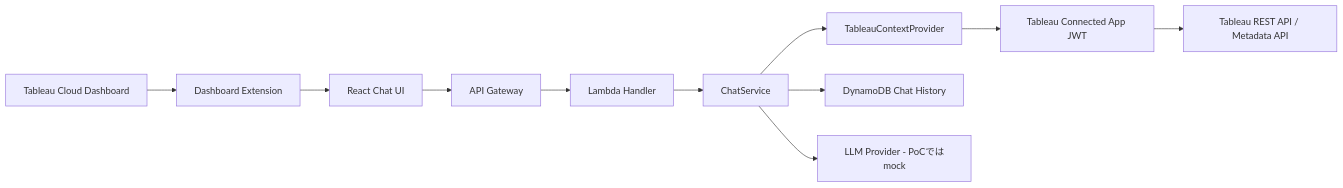
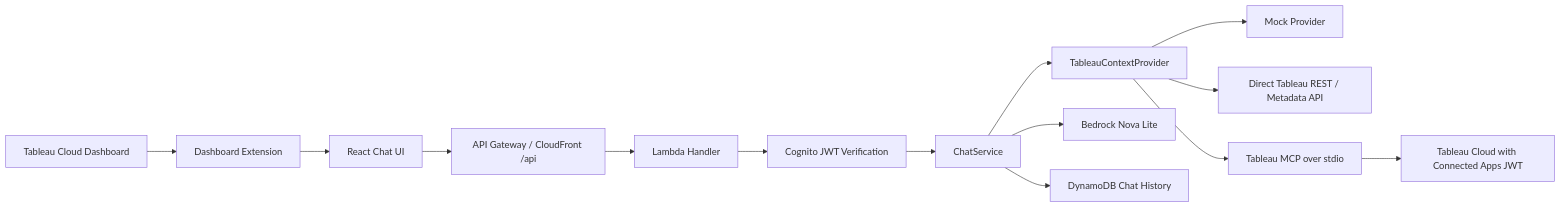
The diagram in README.md (Chasoso/tableau-chat-extension), drawn with Mermaid before and after one commit. The commit also changed other lines of this file and 17 other files, not shown here.

````diff
--- a/README.md
+++ b/README.md
@@ -168,13 +20,16 @@
 ```mermaid
 flowchart LR
   A[Tableau Cloud Dashboard] --> B[Dashboard Extension]
   B --> C[React Chat UI]
-  C --> D[API Gateway]
+  C --> D[API Gateway / CloudFront /api]
   D --> E[Lambda Handler]
-  E --> F[ChatService]
-  F --> G[TableauContextProvider]
-  G --> H[Tableau Connected App JWT]
-  H --> I[Tableau REST API / Metadata API]
-  F --> J[DynamoDB Chat History]
-  F --> K[LLM Provider - PoCではmock]
+  E --> F[Cognito JWT Verification]
+  F --> G[ChatService]
+  G --> H[TableauContextProvider]
+  H --> I[Mock Provider]
+  H --> J[Direct Tableau REST / Metadata API]
+  H --> K[Tableau MCP over stdio]
+  K --> L[Tableau Cloud with Connected Apps JWT]
+  G --> M[Bedrock Nova Lite]
+  G --> N[DynamoDB Chat History]
 ```
````
